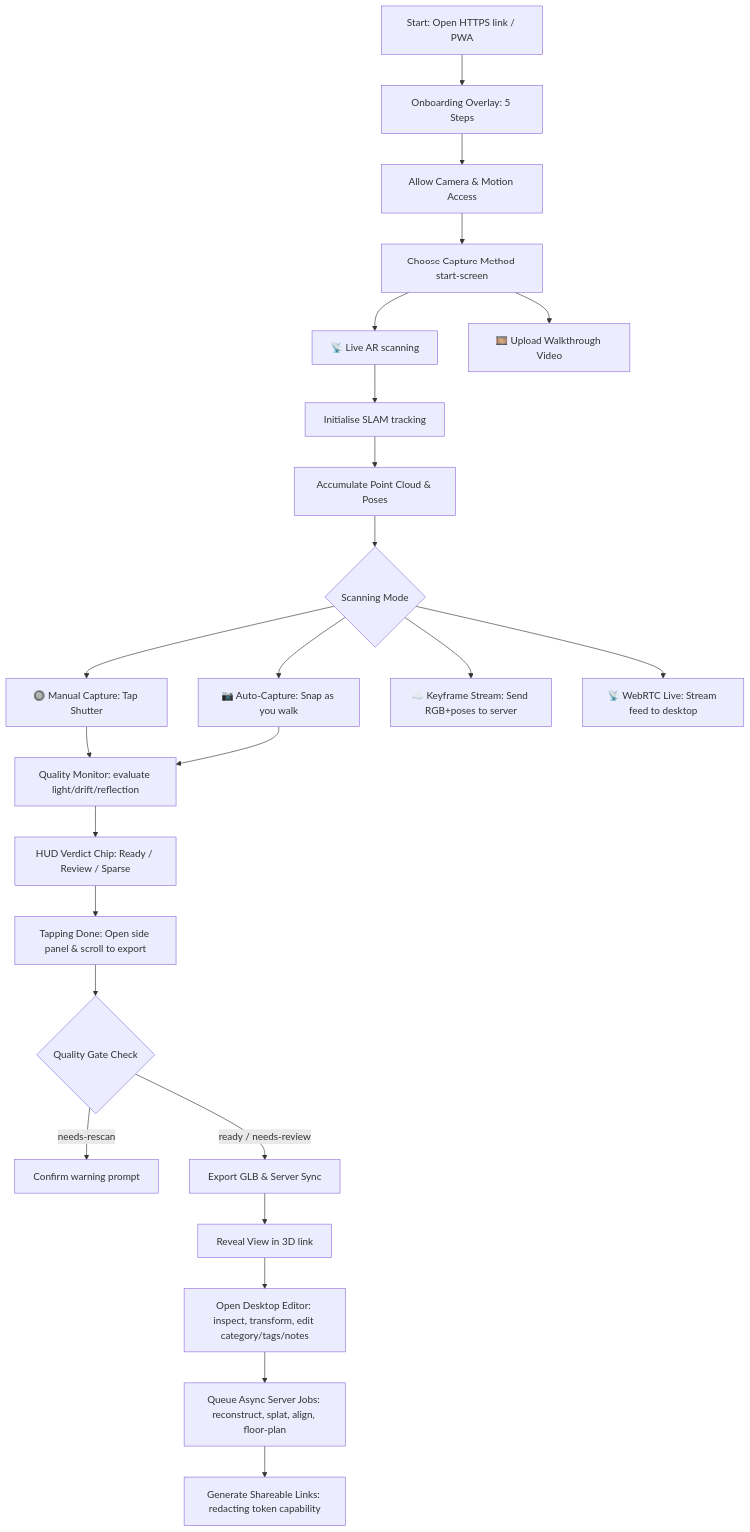
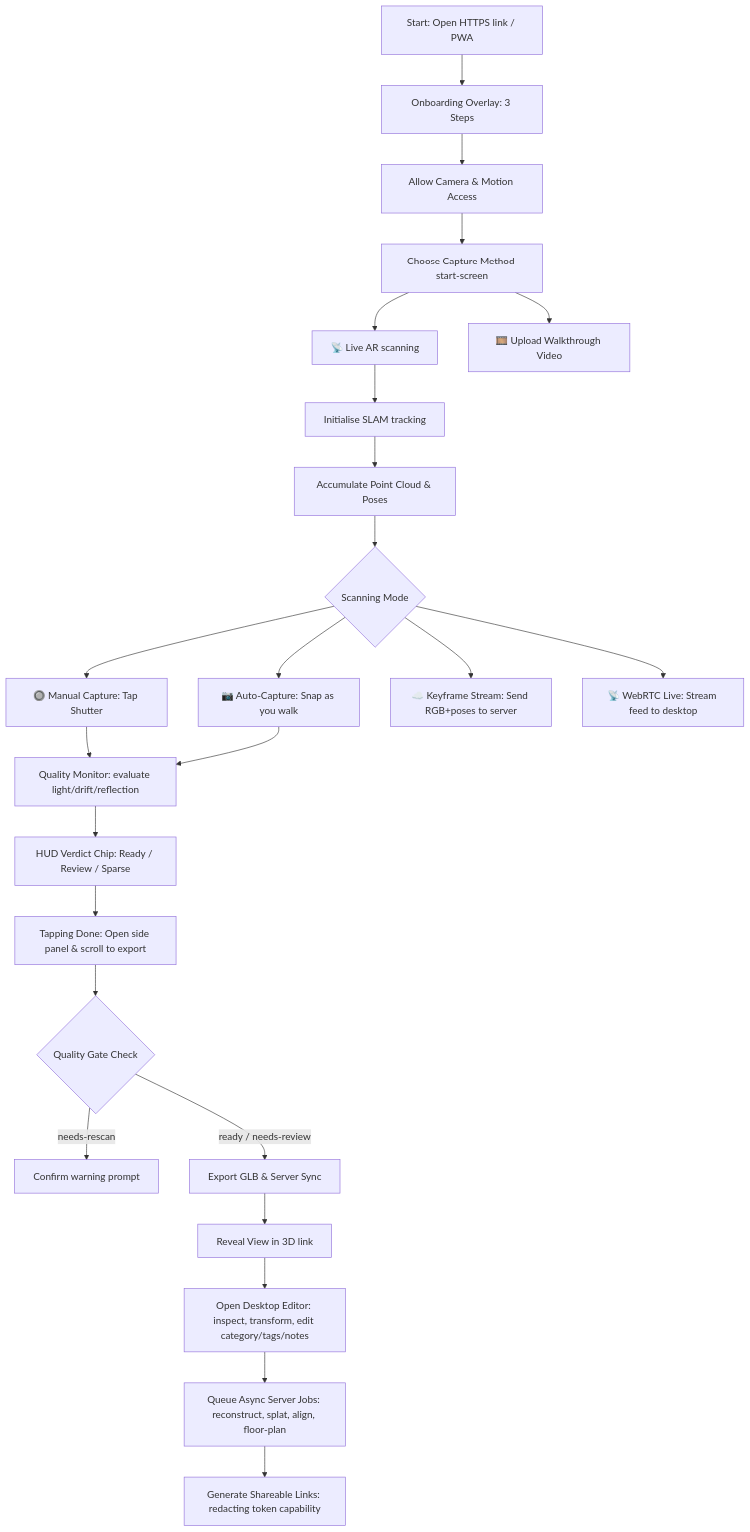
The third of 4 diagrams in README.md (companionintelligence/CI-Spatial), drawn with Mermaid before and after one commit. The commit also changed other lines of this file and 56 other files, not shown here.

````diff
--- a/README.md
+++ b/README.md
@@ -149,27 +149,27 @@
 ```mermaid
 graph TD
-    A[Start: Open HTTPS link / PWA] --> B[Onboarding Overlay: 5 Steps]
+    A[Start: Open HTTPS link / PWA] --> B[Onboarding Overlay: 3 Steps]
     B --> C[Allow Camera & Motion Access]
     C --> D[Choose Capture Method start-screen]
     D --> D1[📡 Live AR scanning]
     D --> D2[🎞️ Upload Walkthrough Video]
     
     D1 --> E[Initialise SLAM tracking]
     E --> F[Accumulate Point Cloud & Poses]
     F --> G{Scanning Mode}
     G --> G1[🔘 Manual Capture: Tap Shutter]
     G --> G2[📷 Auto-Capture: Snap as you walk]
     G --> G3[☁️ Keyframe Stream: Send RGB+poses to server]
     G --> G4[📡 WebRTC Live: Stream feed to desktop]
     
     G1 & G2 --> H[Quality Monitor: evaluate light/drift/reflection]
     H --> I[HUD Verdict Chip: Ready / Review / Sparse]
     I --> J[Tapping Done: Open side panel & scroll to export]
     J --> K{Quality Gate Check}
     K -- needs-rescan --> K1[Confirm warning prompt]
     K -- ready / needs-review --> L[Export GLB & Server Sync]
     L --> M[Reveal View in 3D link]
     M --> N[Open Desktop Editor: inspect, transform, edit category/tags/notes]
     N --> O[Queue Async Server Jobs: reconstruct, splat, align, floor-plan]
     O --> P[Generate Shareable Links: redacting token capability]
 ```
````
